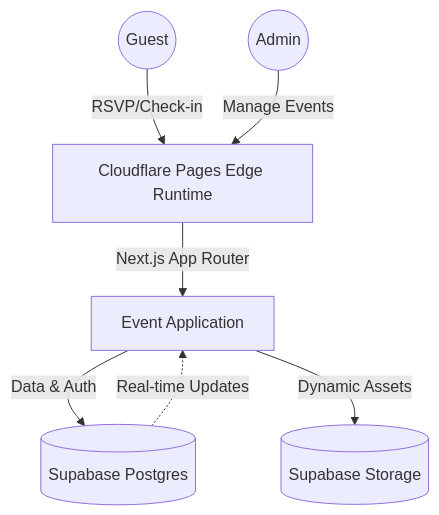
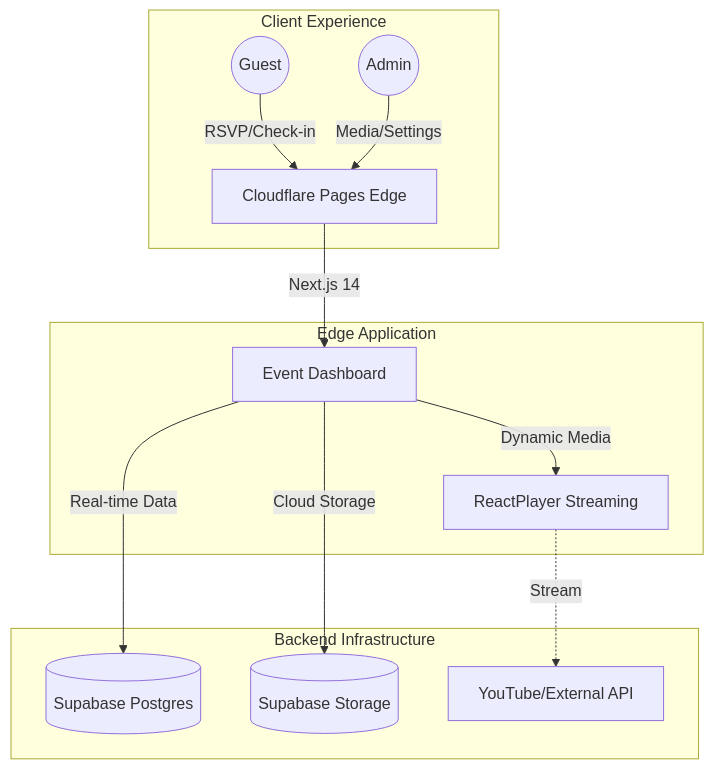
One commit to black12-ag/event changed the diagram in README.md. Above: the diagram before and after it, drawn with Mermaid. The commit also changed other lines of this file and 9 other files, not shown here.

````diff
--- a/README.md
+++ b/README.md
@@ -13,9 +13,18 @@
 ```mermaid
 graph TD;
-    Guest((Guest)) -->|RSVP/Check-in| CF[Cloudflare Pages Edge Runtime];
-    Admin((Admin)) -->|Manage Events| CF;
-    CF -->|Next.js App Router| App[Event Application];
-    App -->|Data & Auth| Supabase[(Supabase Postgres)];
-    App -->|Dynamic Assets| Storage[(Supabase Storage)];
-    Supabase -.->|Real-time Updates| App;
+    subgraph ClientLayer [Client Experience]
+        Guest((Guest)) -->|RSVP/Check-in| CF[Cloudflare Pages Edge];
+        Admin((Admin)) -->|Media/Settings| CF;
+    end
+
+    subgraph LogicLayer [Edge Application]
+        CF -->|Next.js 14| App[Event Dashboard];
+        App -->|Dynamic Media| MusicPlayer[ReactPlayer Streaming];
+    end
+
+    subgraph DataLayer [Backend Infrastructure]
+        App -->|Real-time Data| Supabase[(Supabase Postgres)];
+        App -->|Cloud Storage| Storage[(Supabase Storage)];
+        MusicPlayer -.->|Stream| YT[YouTube/External API];
+    end
 ```
````
